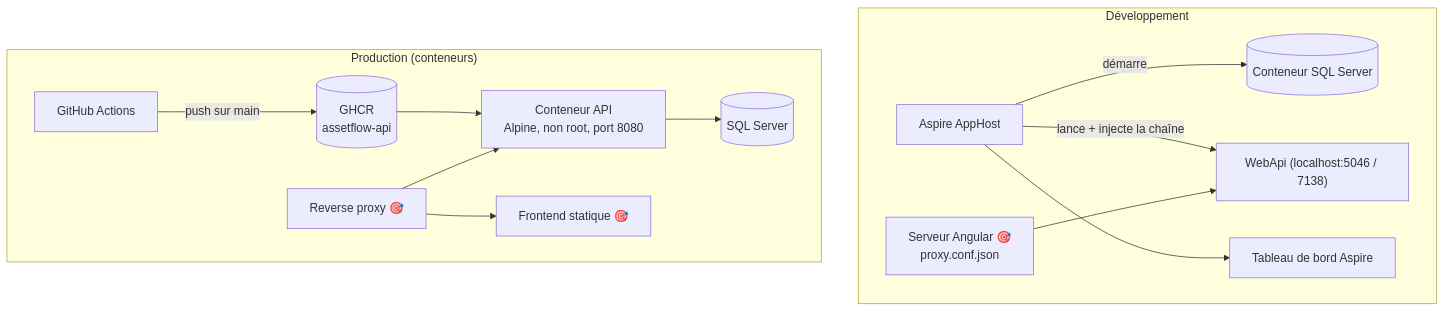
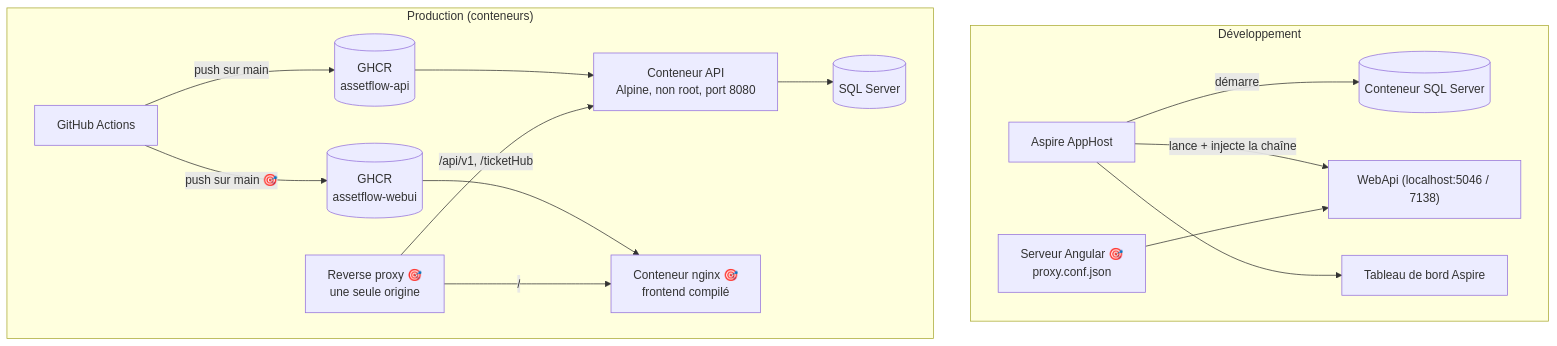
Before and after one commit to benamarfaiez/AssetFlow_Core: the ninth of 9 diagrams in doc/ARCHITECTURE.md, drawn with Mermaid. The commit also changed other lines of this file and 6 other files, not shown here.

````diff
--- a/doc/ARCHITECTURE.md
+++ b/doc/ARCHITECTURE.md
@@ -307,17 +308,19 @@
 ```mermaid
 flowchart TB
     subgraph dev["Développement"]
         AH["Aspire AppHost"] -->|démarre| SQLC[("Conteneur SQL Server")]
         AH -->|lance + injecte la chaîne| APIDEV["WebApi (localhost:5046 / 7138)"]
         AH --> DASH["Tableau de bord Aspire"]
         NG["Serveur Angular 🎯<br/>proxy.conf.json"] --> APIDEV
     end
 
     subgraph prod["Production (conteneurs)"]
         GH["GitHub Actions"] -->|"push sur main"| GHCR[("GHCR<br/>assetflow-api")]
+        GH -->|"push sur main 🎯"| GHCRUI[("GHCR<br/>assetflow-webui")]
         GHCR --> APIPROD["Conteneur API<br/>Alpine, non root, port 8080"]
+        GHCRUI --> UIPROD["Conteneur nginx 🎯<br/>frontend compilé"]
         APIPROD --> SQLP[("SQL Server")]
-        RP["Reverse proxy 🎯"] --> APIPROD
-        RP --> STATIC["Frontend statique 🎯"]
+        RP["Reverse proxy 🎯<br/>une seule origine"] -->|"/api/v1, /ticketHub"| APIPROD
+        RP -->|"/"| UIPROD
     end
 ```
````
